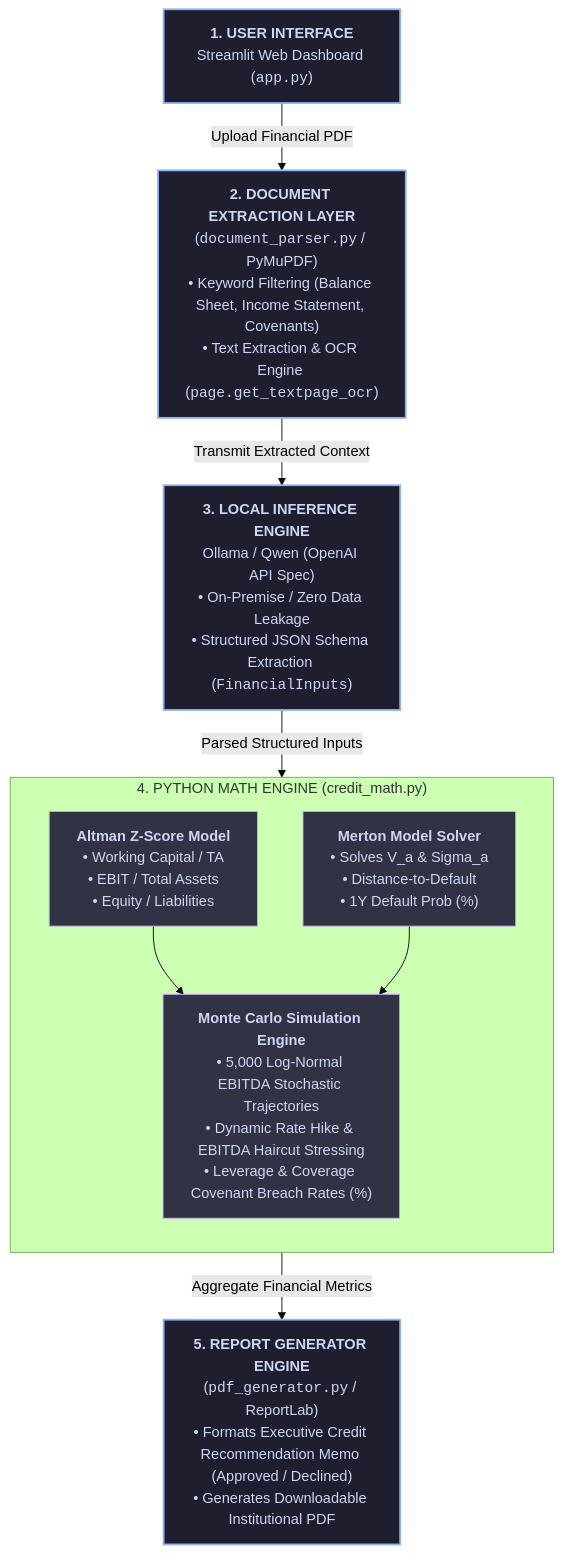
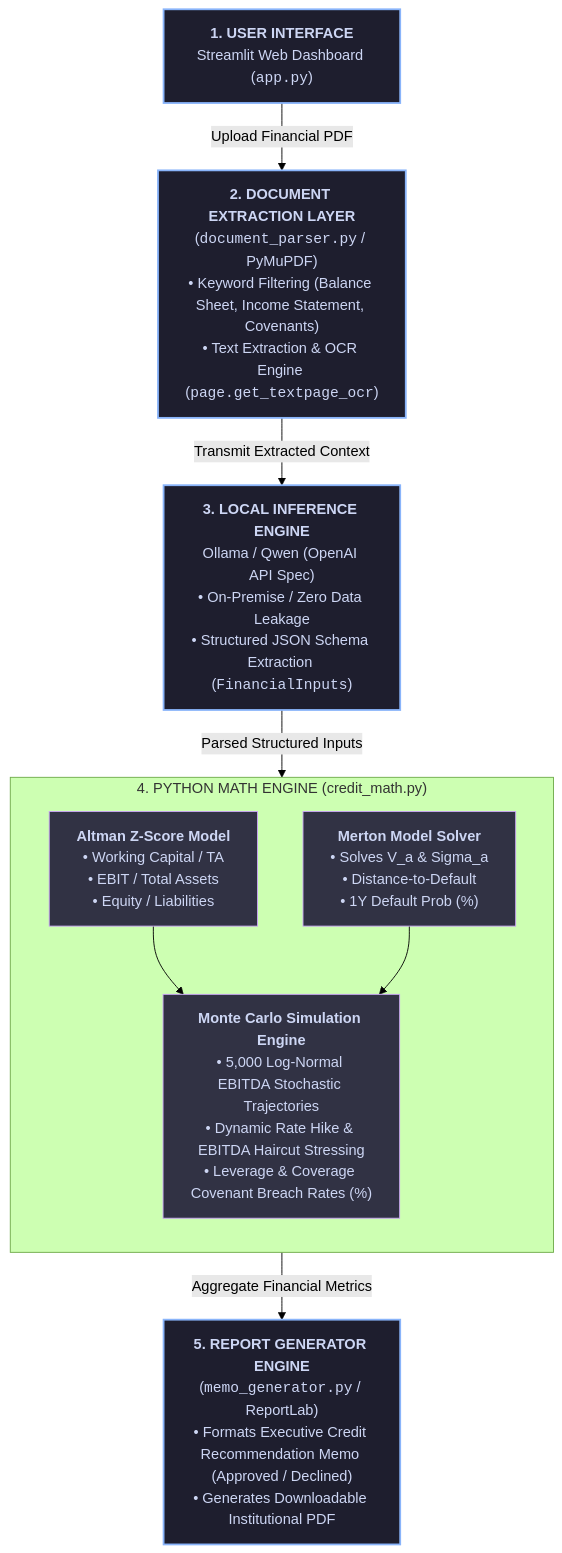
One commit to lewiscosti/credit-risk-covenant-tester changed the diagram in README.md. Above: the diagram before and after it, drawn with Mermaid (forest theme). The commit also changed other lines of this file, not shown here.

````diff
--- a/README.md
+++ b/README.md
@@ -35,28 +35,28 @@
 ```mermaid
 flowchart TD
     classDef layer fill:#1e1e2e,stroke:#89b4fa,stroke-width:2px,color:#cdd6f4;
     classDef sublayer fill:#313244,stroke:#cba6f7,stroke-width:1px,color:#cdd6f4;
 
     UI["<b>1. USER INTERFACE</b><br/>Streamlit Web Dashboard (<code>app.py</code>)"]:::layer
     
     DOC["<b>2. DOCUMENT EXTRACTION LAYER</b><br/>(<code>document_parser.py</code> / PyMuPDF)<br/>• Keyword Filtering (Balance Sheet, Income Statement, Covenants)<br/>• Text Extraction & OCR Engine (<code>page.get_textpage_ocr</code>)"]:::layer
     
     LLM["<b>3. LOCAL INFERENCE ENGINE</b><br/>Ollama / Qwen (OpenAI API Spec)<br/>• On-Premise / Zero Data Leakage<br/>• Structured JSON Schema Extraction (<code>FinancialInputs</code>)"]:::layer
 
     subgraph MATH ["4. PYTHON MATH ENGINE (credit_math.py)"]
         direction TB
         Z["<b>Altman Z-Score Model</b><br/>• Working Capital / TA<br/>• EBIT / Total Assets<br/>• Equity / Liabilities"]:::sublayer
         M["<b>Merton Model Solver</b><br/>• Solves V_a & Sigma_a<br/>• Distance-to-Default<br/>• 1Y Default Prob (%)"]:::sublayer
         MC["<b>Monte Carlo Simulation Engine</b><br/>• 5,000 Log-Normal EBITDA Stochastic Trajectories<br/>• Dynamic Rate Hike & EBITDA Haircut Stressing<br/>• Leverage & Coverage Covenant Breach Rates (%)"]:::sublayer
         
         Z --> MC
         M --> MC
     end
 
-    REP["<b>5. REPORT GENERATOR ENGINE</b><br/>(<code>pdf_generator.py</code> / ReportLab)<br/>• Formats Executive Credit Recommendation Memo (Approved / Declined)<br/>• Generates Downloadable Institutional PDF"]:::layer
+    REP["<b>5. REPORT GENERATOR ENGINE</b><br/>(<code>memo_generator.py</code> / ReportLab)<br/>• Formats Executive Credit Recommendation Memo (Approved / Declined)<br/>• Generates Downloadable Institutional PDF"]:::layer
 
     UI -->|"Upload Financial PDF"| DOC
     DOC -->|"Transmit Extracted Context"| LLM
     LLM -->|"Parsed Structured Inputs"| MATH
     MATH -->|"Aggregate Financial Metrics"| REP
 ```
````
